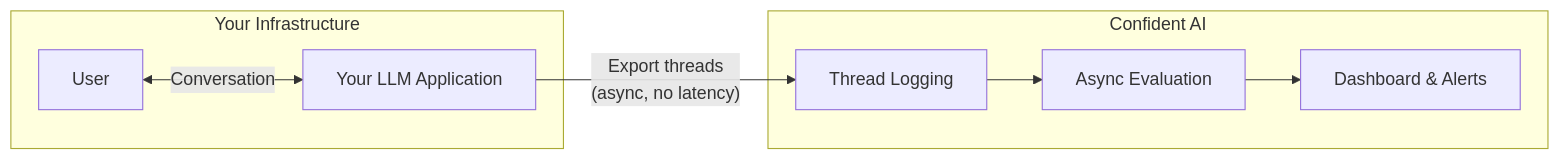
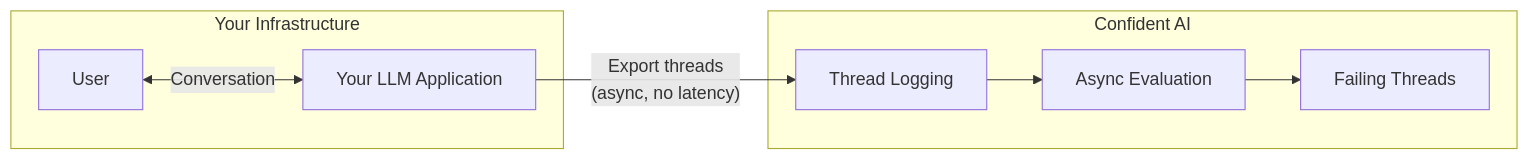
One commit to confident-ai/deepeval changed the fifth of 6 diagrams in docs/content/guides/guides-multi-turn-evaluation.mdx. Above: the diagram before and after it, drawn with Mermaid. The commit also changed other lines of this file and 131 other files, not shown here.

````diff
--- a/docs/content/guides/guides-multi-turn-evaluation.mdx
+++ b/docs/content/guides/guides-multi-turn-evaluation.mdx
@@ -319,11 +312,11 @@
 ```mermaid
 flowchart LR
     subgraph Your Infrastructure
         A[User] <-->|Conversation| B[Your LLM Application]
     end
     subgraph Confident AI
         B -->|"Export threads\n(async, no latency)"| C[Thread Logging]
         C --> D[Async Evaluation]
-        D --> E[Dashboard & Alerts]
+        D --> E[Failing Threads]
     end
 ```
````
